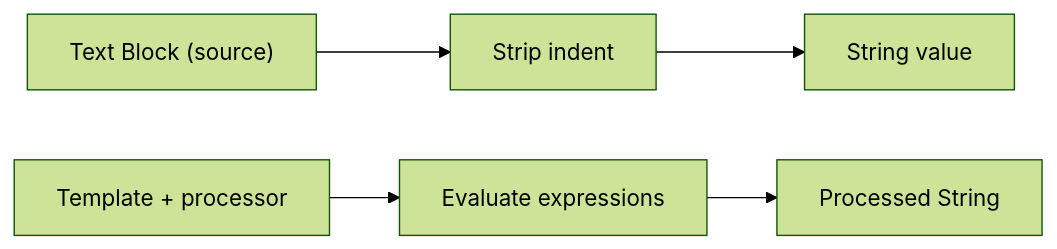
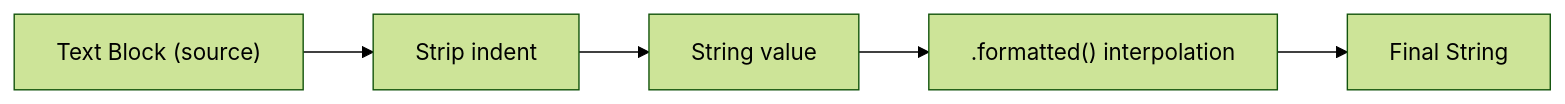
One commit to shivakrishnak/sk-bytes changed the seventh of 17 diagrams in learn/java/Java - Modern Features.md. Above: the diagram before and after it, drawn with Mermaid (forest theme). The commit also changed other lines of this file, not shown here.

````diff
--- a/learn/java/Java - Modern Features.md
+++ b/learn/java/Java - Modern Features.md
@@ -1361,7 +1421,7 @@
 ```mermaid
 flowchart LR
     TB["Text Block (source)"] --> SI["Strip indent"]
     SI --> S["String value"]
-    TP["Template + processor"] --> EV["Evaluate expressions"]
-    EV --> S2["Processed String"]
+    S --> FMT[".formatted() interpolation"]
+    FMT --> R["Final String"]
 ```
````
